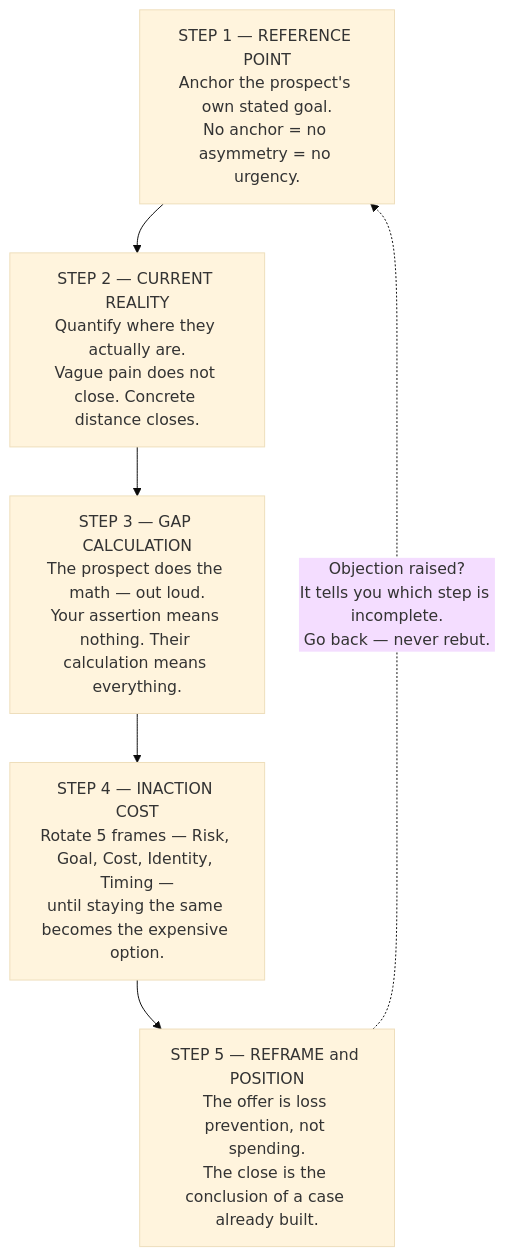
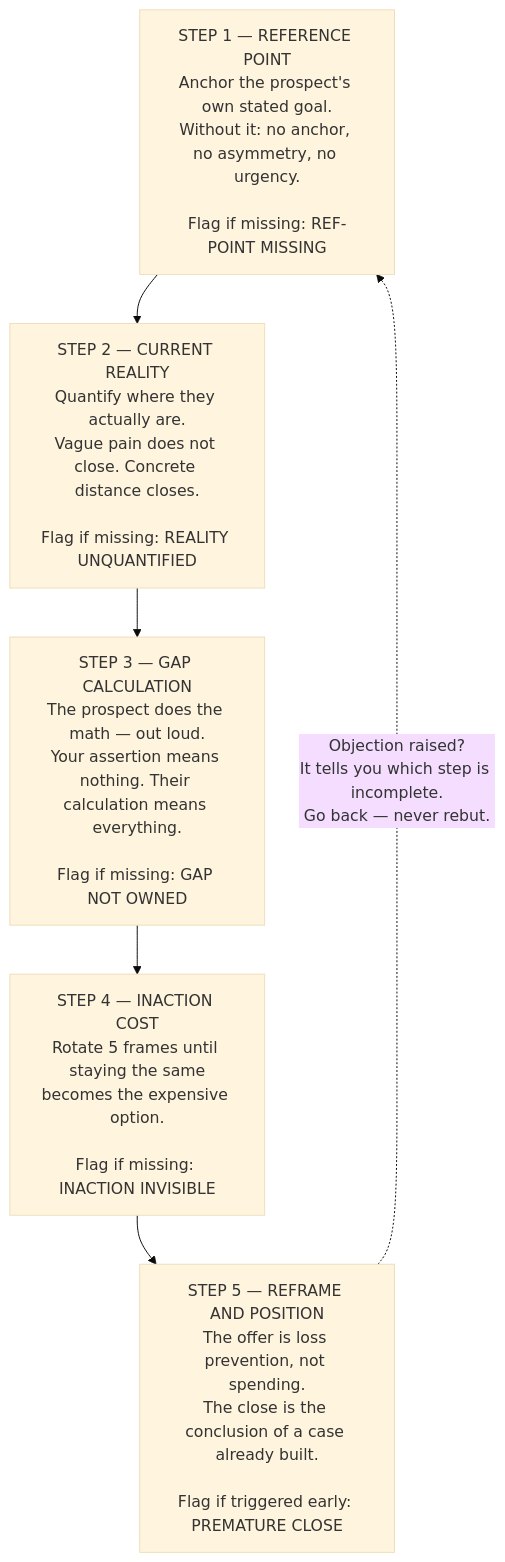
One commit to termsheetinator/gapsi-agent changed the third of 13 diagrams in README.md. Above: the diagram before and after it, drawn with Mermaid (base theme). The commit also changed other lines of this file, not shown here.

Commit message:
v2.4.0 — full README rewrite: 9-section report format, Old/New Economy calibration, enterprise cycle, MEDDPICC gap escalation, five-frame rotation, Word doc output, 8 modes

````diff
--- a/README.md
+++ b/README.md
@@ -115,10 +119,10 @@
 ```mermaid
 flowchart TD
-    S1["STEP 1 — REFERENCE POINT<br/>Anchor the prospect's own stated goal.<br/>No anchor = no asymmetry = no urgency."]
-    S2["STEP 2 — CURRENT REALITY<br/>Quantify where they actually are.<br/>Vague pain does not close. Concrete distance closes."]
-    S3["STEP 3 — GAP CALCULATION<br/>The prospect does the math — out loud.<br/>Your assertion means nothing. Their calculation means everything."]
-    S4["STEP 4 — INACTION COST<br/>Rotate 5 frames — Risk, Goal, Cost, Identity, Timing —<br/>until staying the same becomes the expensive option."]
-    S5["STEP 5 — REFRAME and POSITION<br/>The offer is loss prevention, not spending.<br/>The close is the conclusion of a case already built."]
+    S1["STEP 1 — REFERENCE POINT<br/>Anchor the prospect's own stated goal.<br/>Without it: no anchor, no asymmetry, no urgency.<br/><br/>Flag if missing: REF-POINT MISSING"]
+    S2["STEP 2 — CURRENT REALITY<br/>Quantify where they actually are.<br/>Vague pain does not close. Concrete distance closes.<br/><br/>Flag if missing: REALITY UNQUANTIFIED"]
+    S3["STEP 3 — GAP CALCULATION<br/>The prospect does the math — out loud.<br/>Your assertion means nothing. Their calculation means everything.<br/><br/>Flag if missing: GAP NOT OWNED"]
+    S4["STEP 4 — INACTION COST<br/>Rotate 5 frames until staying the same<br/>becomes the expensive option.<br/><br/>Flag if missing: INACTION INVISIBLE"]
+    S5["STEP 5 — REFRAME AND POSITION<br/>The offer is loss prevention, not spending.<br/>The close is the conclusion of a case already built.<br/><br/>Flag if triggered early: PREMATURE CLOSE"]
     S1 --> S2 --> S3 --> S4 --> S5
     S5 -.->|"Objection raised?<br/>It tells you which step is incomplete.<br/>Go back — never rebut."| S1
 ```
````
